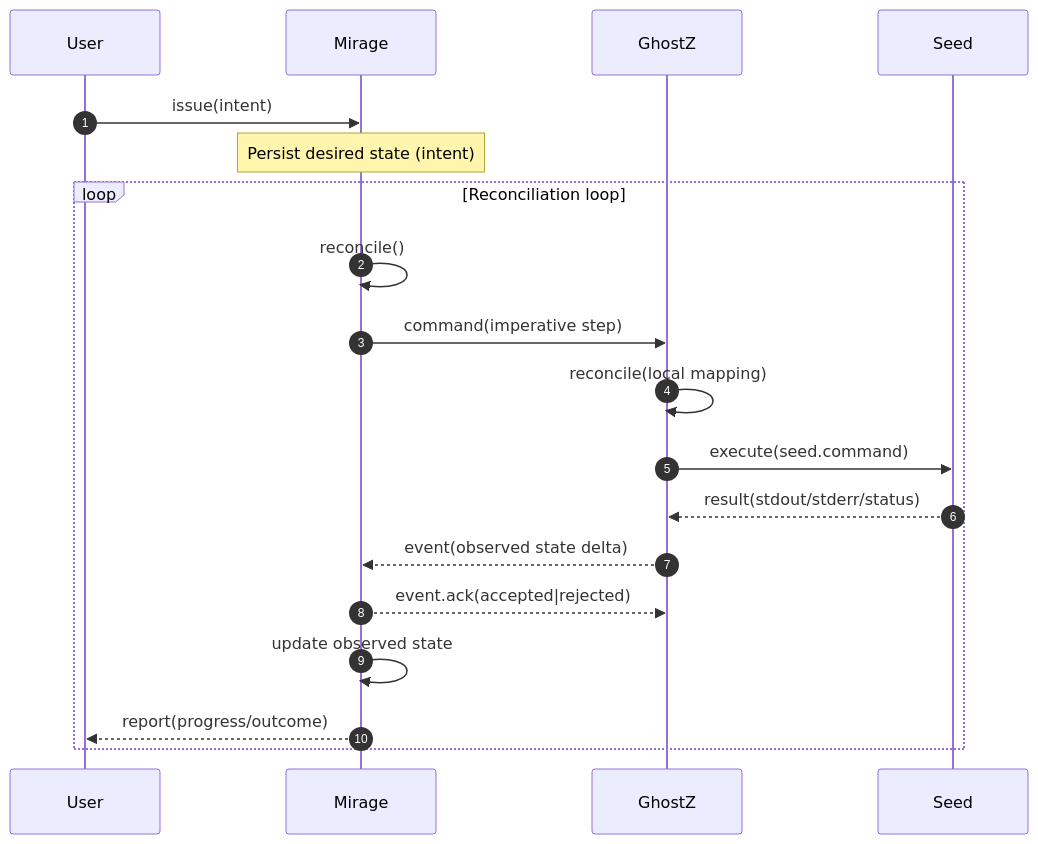
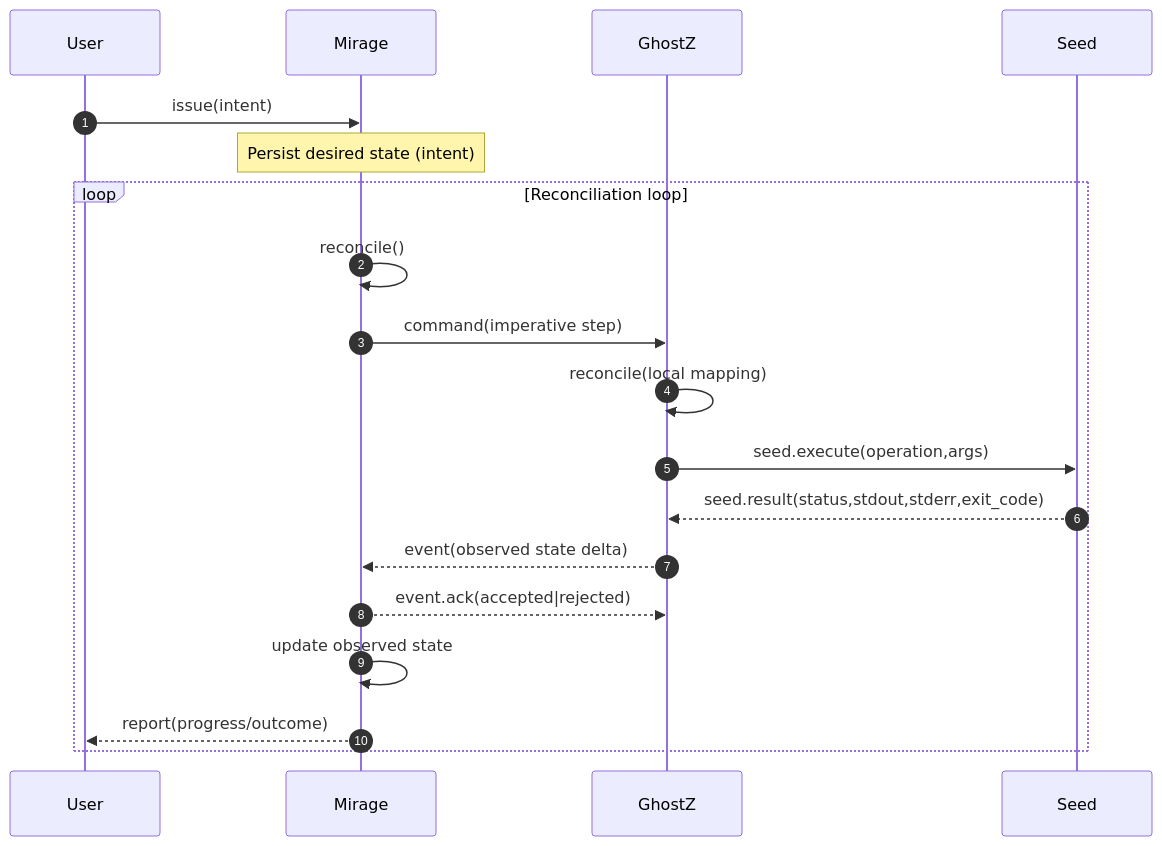
Before and after one commit to danmuck/edgectl: the diagram in docs/architecture/models/single_intent.mmd, drawn with Mermaid. The commit also changed 25 other files, not shown here.

```diff
--- a/docs/architecture/models/single_intent.mmd
+++ b/docs/architecture/models/single_intent.mmd
@@ -1,24 +1,24 @@
 sequenceDiagram
     autonumber
     participant User
     participant Mirage
     participant Ghost as GhostZ
     participant Seed
 
     User->>Mirage: issue(intent)
     Note over Mirage: Persist desired state (intent)
 
     loop Reconciliation loop
         Mirage->>Mirage: reconcile()
         Mirage->>Ghost: command(imperative step)
 
         Ghost->>Ghost: reconcile(local mapping)
-        Ghost->>Seed: execute(seed.command)
+        Ghost->>Seed: seed.execute(operation,args)
 
-        Seed-->>Ghost: result(stdout/stderr/status)
+        Seed-->>Ghost: seed.result(status,stdout,stderr,exit_code)
         Ghost-->>Mirage: event(observed state delta)
         Mirage-->>Ghost: event.ack(accepted|rejected)
 
         Mirage->>Mirage: update observed state
         Mirage-->>User: report(progress/outcome)
     end
```
